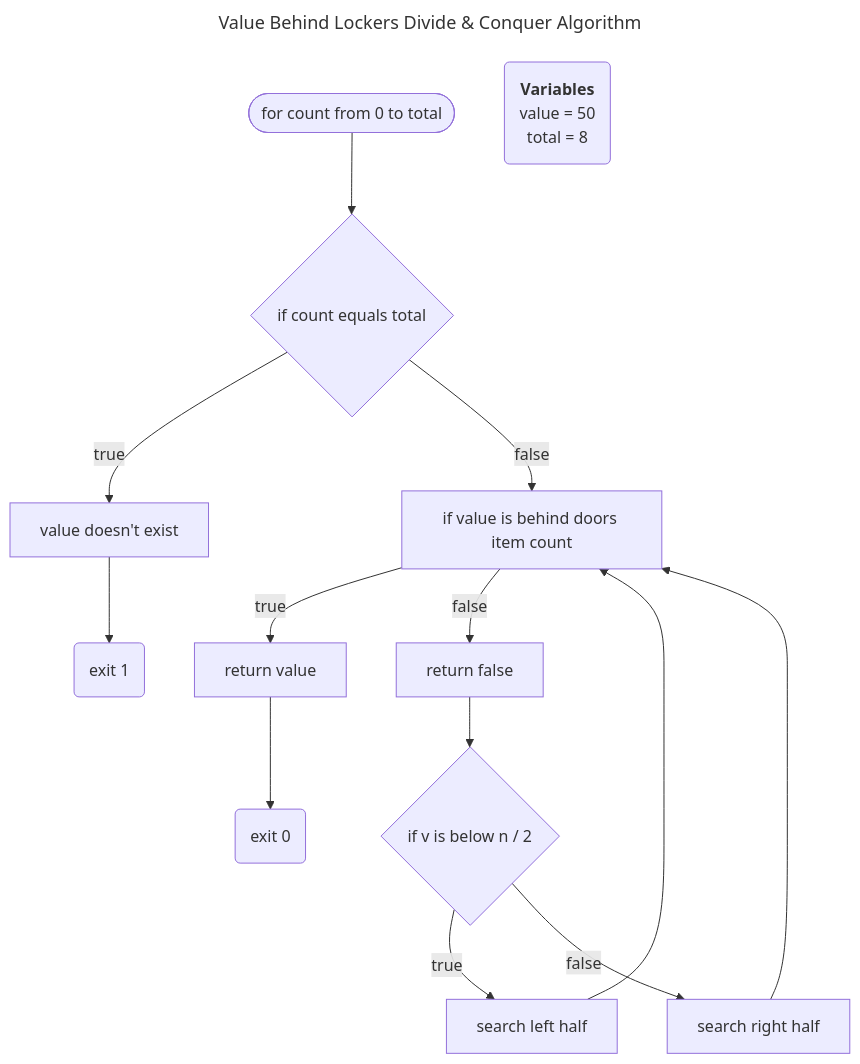
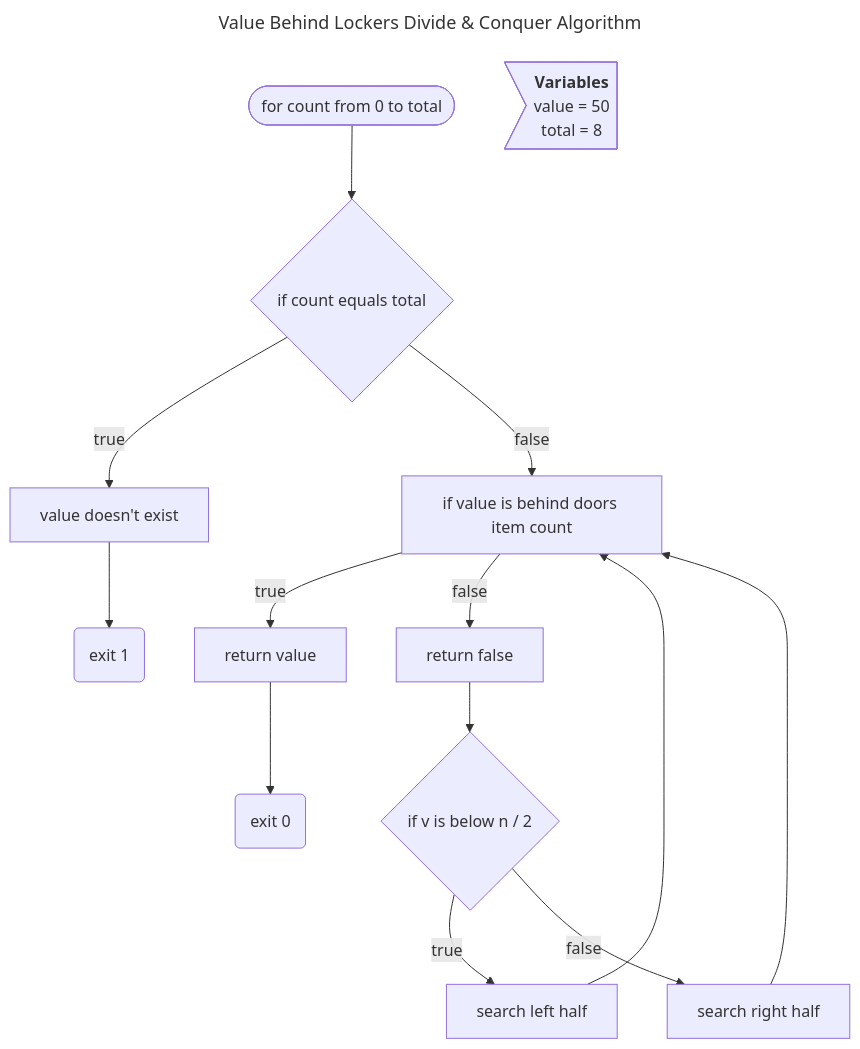
One commit to maclong9/harvard-compsci changed the third of 6 diagrams in Introduction/03-Algorithms/README.md. Above: the diagram before and after it, drawn with Mermaid.

````diff
--- a/Introduction/03-Algorithms/README.md
+++ b/Introduction/03-Algorithms/README.md
@@ -31,24 +31,24 @@
 ```mermaid
 ---
 title: Value Behind Lockers Divide & Conquer Algorithm
 ---
 
 flowchart TD
-    vars("`
+    vars>"`
       **Variables**
       value = 50
       total = 8
-    `")
+    `"]
     1(["for count from 0 to total"]) -->
     2{"if count equals total"}
     2 --> |true| 3["value doesn't exist"] --> 16
     2 --> |false| 4["if value is behind doors item count"]
     4 --> |true| 5["return value"] --> 15
     4 --> |false| 6["return false"] -->
     7{"if v is below n / 2"}
     7 --> |true| 8["search left half"] --> 4
     7 --> |false| 9["search right half"] --> 4
 
     15("exit 0")
     16("exit 1")
 ```
````
